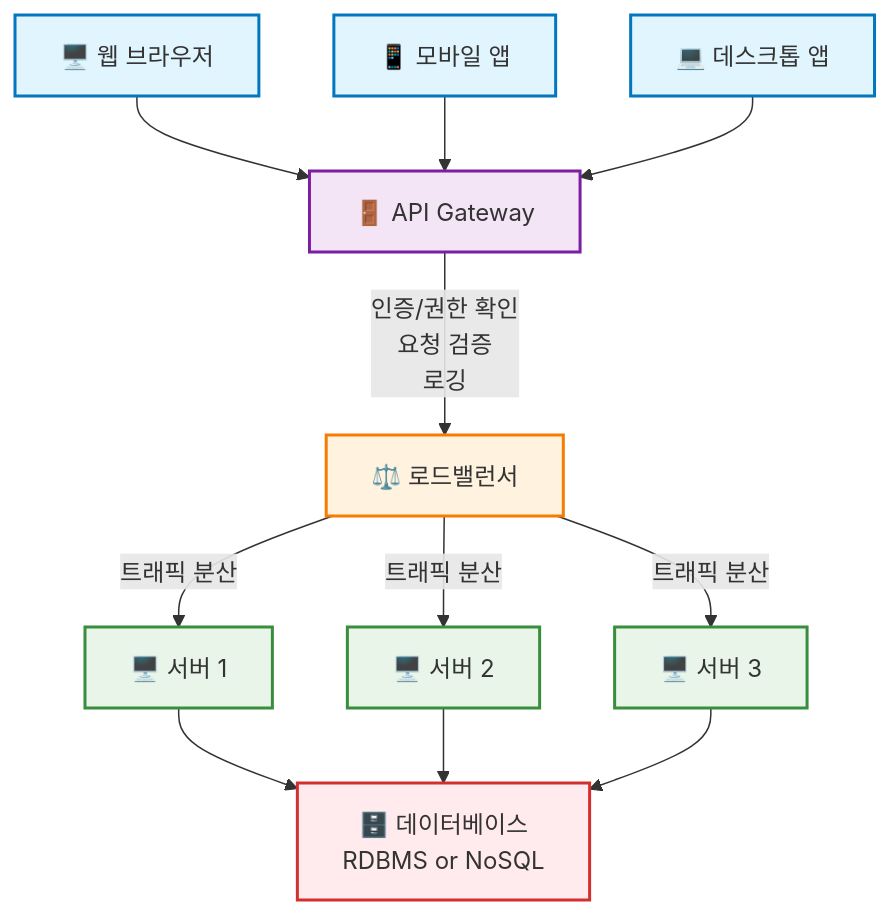
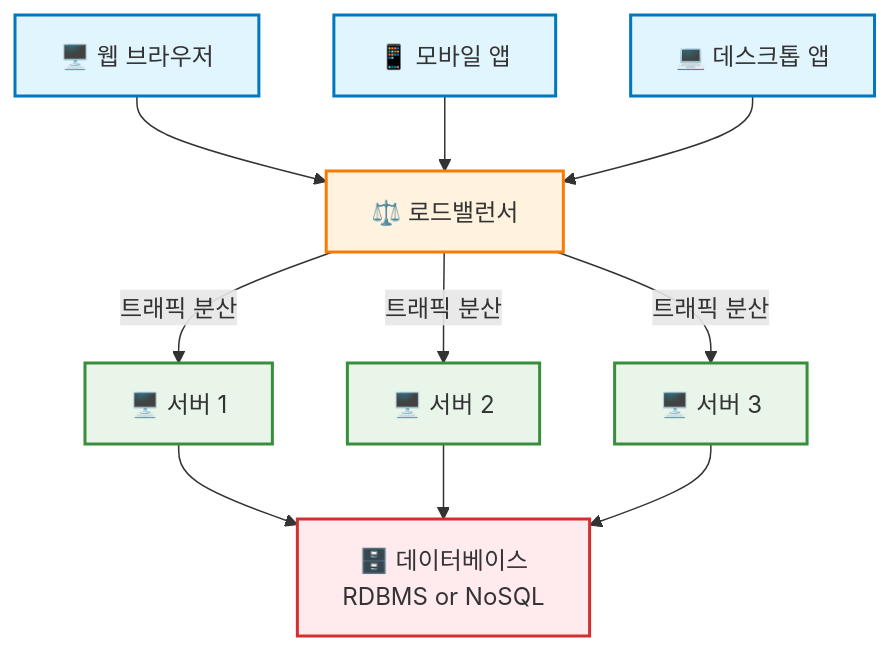
The diagram in 01.RESTServer/doc/Seminar_20250723.md (DELMadang/Seminar), drawn with Mermaid before and after one commit. The commit also changed other lines of this file and 8 other files, not shown here.

````diff
--- a/01.RESTServer/doc/Seminar_20250723.md
+++ b/01.RESTServer/doc/Seminar_20250723.md
@@ -113,33 +112,30 @@
 ```mermaid
 flowchart TD
     %% 클라이언트 계층
-    A1[🖥️ 웹 브라우저] --> B[🚪 API Gateway]
-    A2[📱 모바일 앱] --> B
-    A3[💻 데스크톱 앱] --> B
-    
-    %% API Gateway
-    B --> |인증/권한 확인<br/>요청 검증<br/>로깅| C[⚖️ 로드밸런서 ]
+    A1[🖥️ 웹 브라우저] --> C[⚖️ 로드밸런서 ]
+    A2[📱 모바일 앱] --> C
+    A3[💻 데스크톱 앱] --> C
     
     %% 로드밸런서에서 서버들로 분산
     C --> |트래픽 분산| D1[🖥️ 서버 1]
     C --> |트래픽 분산| D2[🖥️ 서버 2]
     C --> |트래픽 분산| D3[🖥️ 서버 3]
     
     %% 서버들이 데이터베이스에 접근
     D1 --> E[🗄️ 데이터베이스<br/>RDBMS or NoSQL ]
     D2 --> E
     D3 --> E
     
     %% 스타일 정의
     classDef client fill:#e1f5fe,stroke:#0277bd,stroke-width:2px
     classDef gateway fill:#f3e5f5,stroke:#7b1fa2,stroke-width:2px
     classDef loadbalancer fill:#fff3e0,stroke:#f57c00,stroke-width:2px
     classDef server fill:#e8f5e8,stroke:#388e3c,stroke-width:2px
     classDef database fill:#ffebee,stroke:#d32f2f,stroke-width:2px
     
     class A1,A2,A3 client
     class B gateway
     class C loadbalancer
     class D1,D2,D3 server
     class E database
 ```
````
